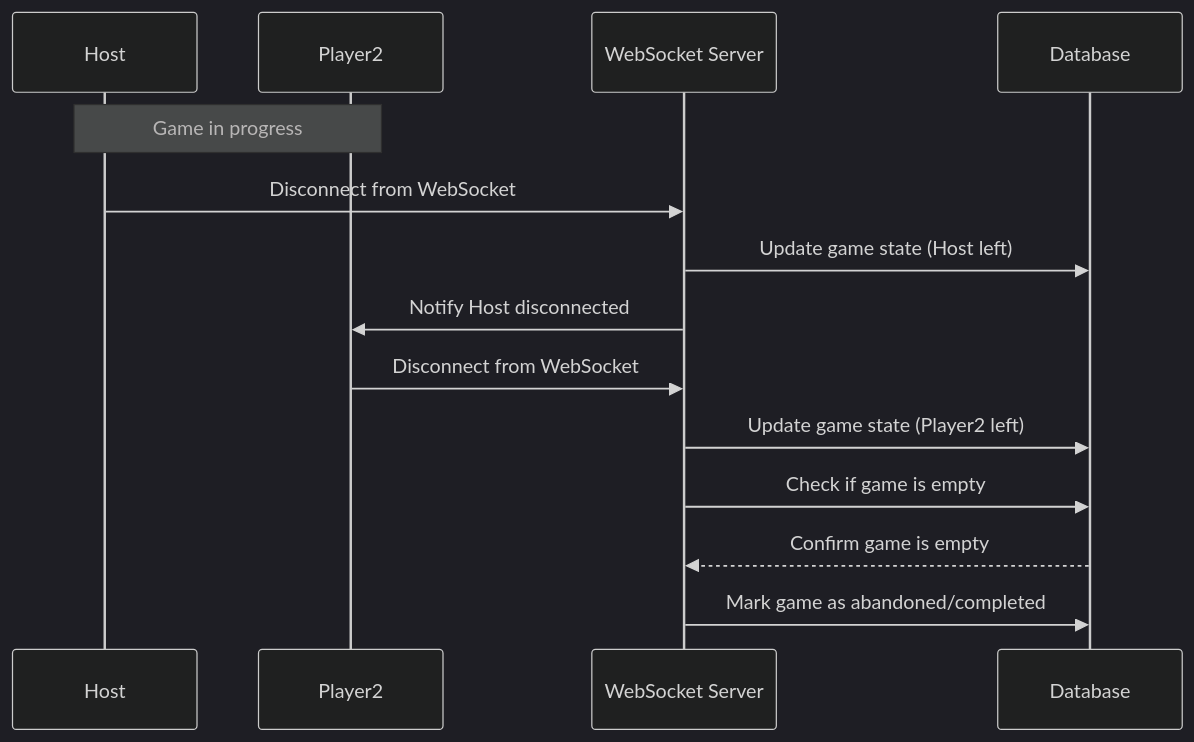
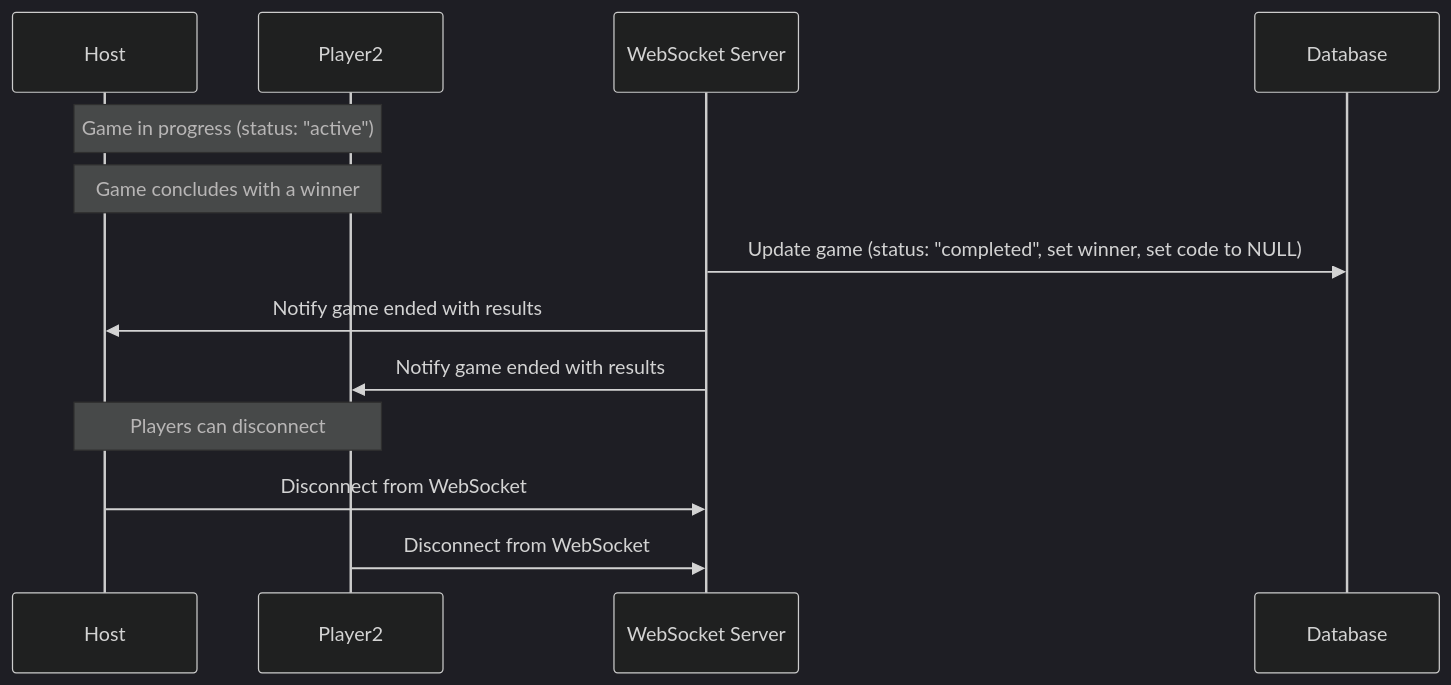
One commit to suiramdev/42-ft_transcendence changed the fourth of 5 diagrams in docs-site/docs/api/game.md. Above: the diagram before and after it, drawn with Mermaid (dark theme). The commit also changed other lines of this file, not shown here.

Commit message:
docs: improve game flow with all in one database

````diff
--- a/docs-site/docs/api/game.md
+++ b/docs-site/docs/api/game.md
@@ -60,19 +76,18 @@
 ```mermaid
 sequenceDiagram
     participant Host
     participant Player2
     participant WS as WebSocket Server
     participant DB as Database
 
-    Note over Host,Player2: Game in progress
+    Note over Host,Player2: Game in progress (status: "active")
     
+    Note over Host,Player2: Game concludes with a winner
+    WS->>DB: Update game (status: "completed", set winner, set code to NULL)
+    WS->>Host: Notify game ended with results
+    WS->>Player2: Notify game ended with results
+    
+    Note over Host,Player2: Players can disconnect
     Host->>WS: Disconnect from WebSocket
-    WS->>DB: Update game state (Host left)
-    WS->>Player2: Notify Host disconnected
-    
     Player2->>WS: Disconnect from WebSocket
-    WS->>DB: Update game state (Player2 left)
-    WS->>DB: Check if game is empty
-    DB-->>WS: Confirm game is empty
-    WS->>DB: Mark game as abandoned/completed
 ```
````
